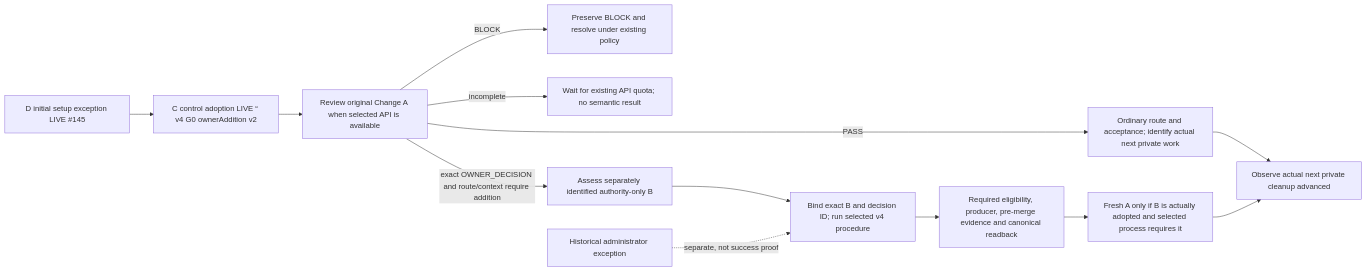
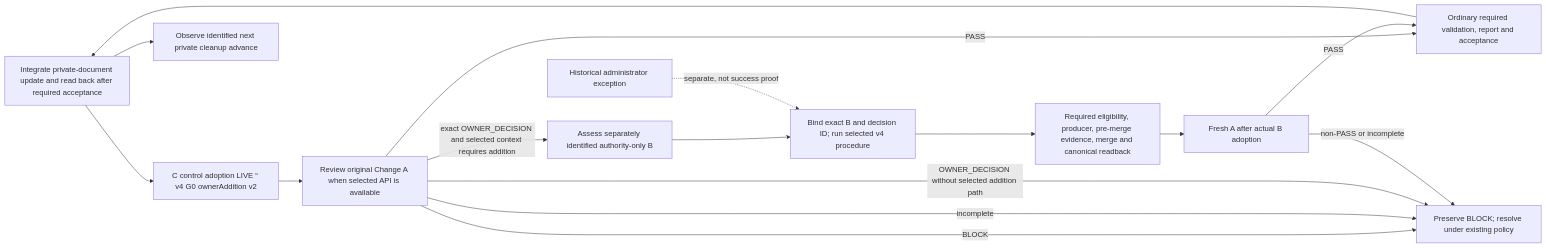
The diagram in docs/investigations/2026-10-08-preview4-gap-roadmap.md (flair-agency/architecture-gatekeeper), drawn with Mermaid before and after one commit. The commit also changed other lines of this file, not shown here.

Commit message:
docs: tighten conditional roadmap flow

````diff
--- a/docs/investigations/2026-10-08-preview4-gap-roadmap.md
+++ b/docs/investigations/2026-10-08-preview4-gap-roadmap.md
@@ -334,15 +344,18 @@
 ```mermaid
 flowchart LR
   D[D initial setup exception LIVE #145] --> C[C control adoption LIVE #147; v4 G0 ownerAddition v2]
   C --> A[Review original Change A when selected API is available]
-  A -->|PASS| P[Ordinary route and acceptance; identify actual next private work]
-  A -->|BLOCK| B[Preserve BLOCK and resolve under existing policy]
-  A -->|incomplete| Q[Wait for existing API quota; no semantic result]
-  A -->|exact OWNER_DECISION and route/context require addition| I[Assess separately identified authority-only B]
+  A -->|PASS| P[Ordinary required validation, report and acceptance]
+  A -->|BLOCK| S[Preserve BLOCK; resolve under existing policy]
+  A -->|incomplete| S
+  A -->|exact OWNER_DECISION and selected context requires addition| I[Assess separately identified authority-only B]
+  A -->|OWNER_DECISION without selected addition path| S
   I --> T[Bind exact B and decision ID; run selected v4 procedure]
-  T --> R[Required eligibility, producer, pre-merge evidence and canonical readback]
-  R --> F[Fresh A only if B is actually adopted and selected process requires it]
-  P --> W[Observe actual next private cleanup advanced]
-  F --> W
+  T --> R[Required eligibility, producer, pre-merge evidence, merge and canonical readback]
+  R --> F[Fresh A after actual B adoption]
+  F -->|PASS| P
+  F -->|non-PASS or incomplete| S
+  P --> D[Integrate private-document update and read back after required acceptance]
+  D --> W[Observe identified next private cleanup advance]
   X[Historical administrator exception] -. separate, not success proof .-> T
 ```
````
